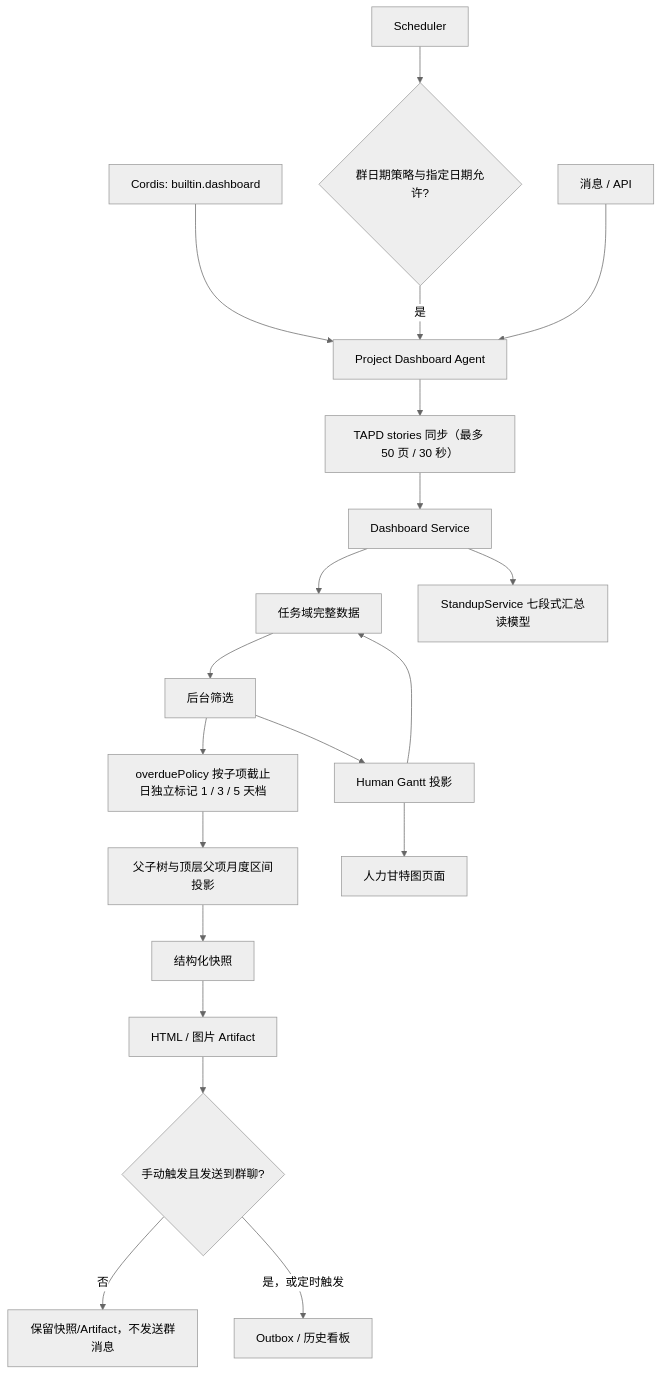
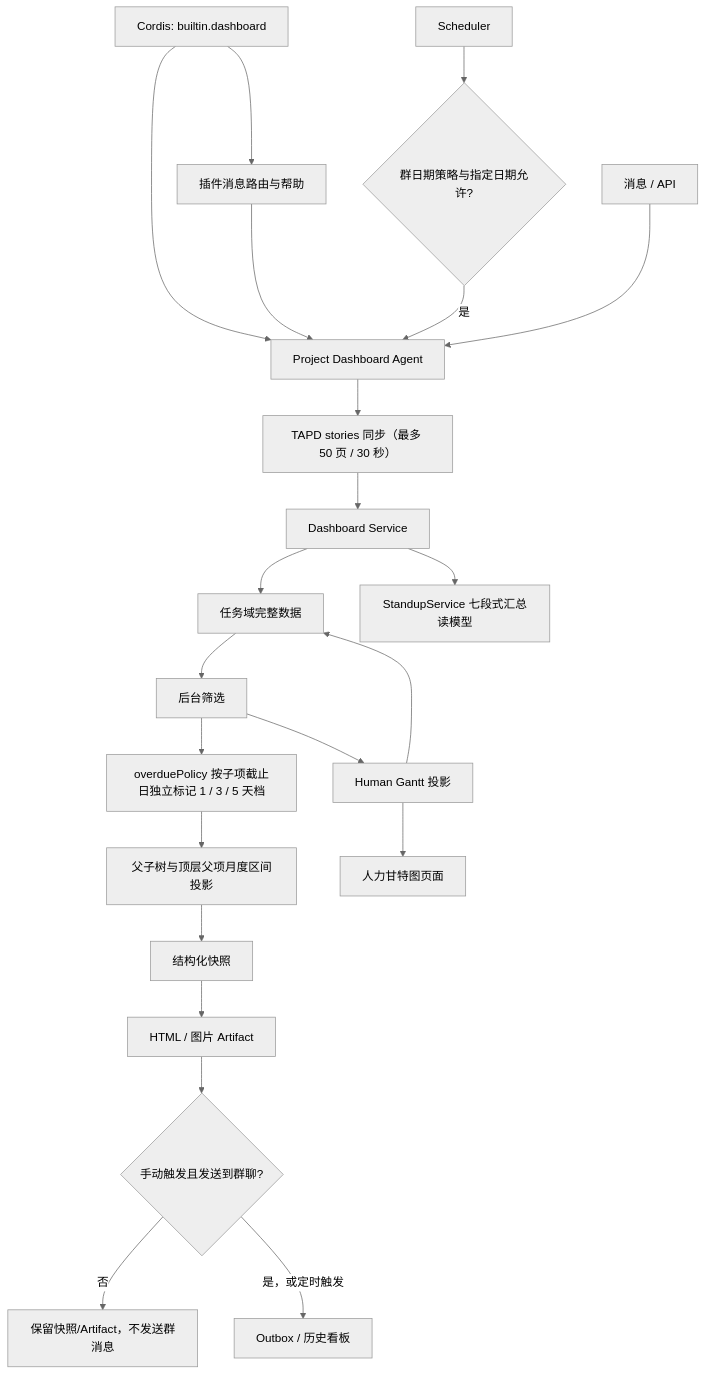
One commit to KlayPeter/AI-Delivery-Ops-Agent changed the diagram in backend/src/agents/native/project-dashboard/FEATURE.md. Above: the diagram before and after it, drawn with Mermaid (neutral theme). The commit also changed other lines of this file and 39 other files, not shown here.

````diff
--- a/backend/src/agents/native/project-dashboard/FEATURE.md
+++ b/backend/src/agents/native/project-dashboard/FEATURE.md
@@ -22,22 +22,24 @@
 ```mermaid
 flowchart TD
     PL["Cordis: builtin.dashboard"] --> B
+    PL --> MR["插件消息路由与帮助"]
+    MR --> B
     SC["Scheduler"] --> HC{"群日期策略与指定日期允许?"}
     HC -- "是" --> B["Project Dashboard Agent"]
     A["消息 / API"] --> B
     B --> T["TAPD stories 同步（最多 50 页 / 30 秒）"]
     T --> C["Dashboard Service"]
     C --> D["任务域完整数据"]
     C --> S["StandupService 七段式汇总读模型"]
     D --> H["TaskService 父子层级投影：完成继承 + 转测阶段只读继承"]
     H --> O["overduePolicy 按子项截止日独立标记 1 / 3 / 5 天档"]
     O --> K["父子树与顶层父项月度区间投影"]
     K --> E["结构化快照"]
     E --> F["HTML / 图片 Artifact"]
     F --> P{"手动触发且发送到群聊?"}
     P -- "否" --> Q["保留快照/Artifact，不发送群消息"]
     P -- "是，或定时触发" --> G["Outbox / 历史看板"]
     H["后台筛选"] --> I["Human Gantt 投影"]
     I --> D
     I --> J["人力甘特图页面"]
 ```
````
